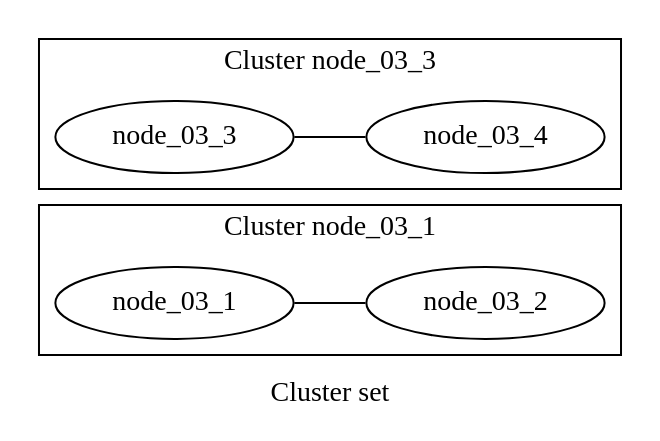
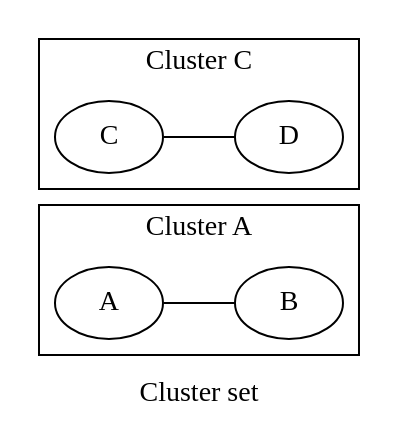
The diagram in data/03.clusters.out.gv (graphviz-perl/GraphViz2-Marpa-PathUtils), drawn with Graphviz before and after one commit. The commit also changed 36 other files, not shown here.

```diff
--- a/data/03.clusters.out.gv
+++ b/data/03.clusters.out.gv
@@ -1,22 +1,22 @@
 graph Perl
 {
 graph [ label="Cluster set" rankdir="LR" ]
 
-subgraph "cluster node_03_1"
+subgraph "cluster A"
 {
-graph [ label="Cluster node_03_1" rankdir="LR" ]
+graph [ label="Cluster A" rankdir="LR" ]
 
-"node_03_1"
-"node_03_2"
-"node_03_1" -- "node_03_2" [ label="" ]
+"A"
+"B"
+"A" -- "B" [ label="" ]
 }
 
-subgraph "cluster node_03_3"
+subgraph "cluster C"
 {
-graph [ label="Cluster node_03_3" rankdir="LR" ]
+graph [ label="Cluster C" rankdir="LR" ]
 
-"node_03_3"
-"node_03_4"
-"node_03_3" -- "node_03_4" [ label="" ]
+"C"
+"D"
+"C" -- "D" [ label="" ]
 }
 }
```
